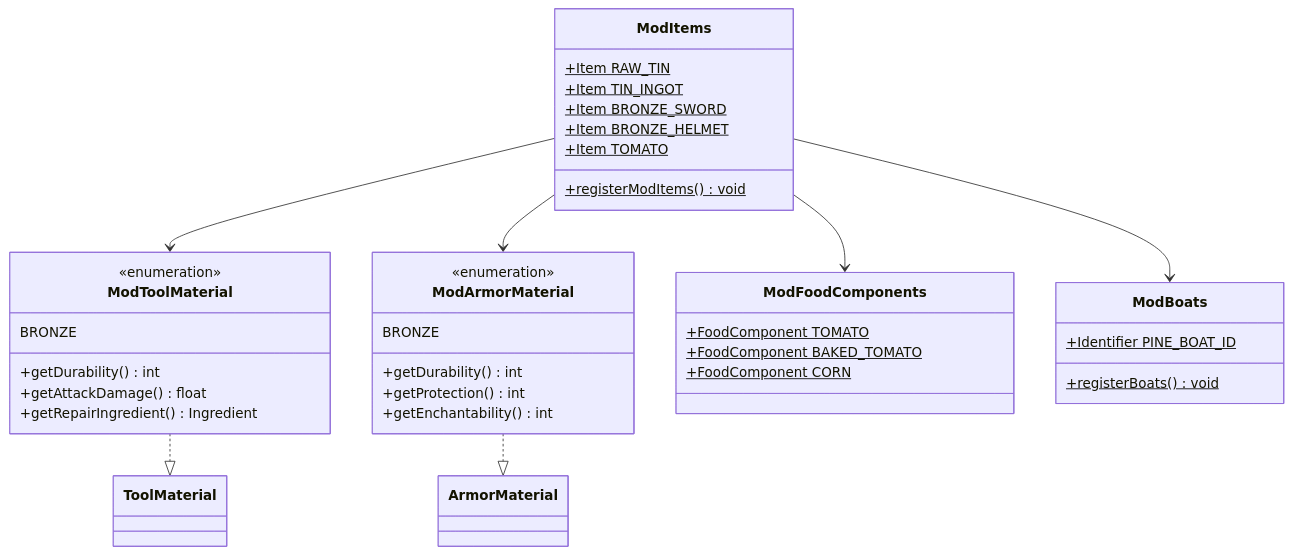
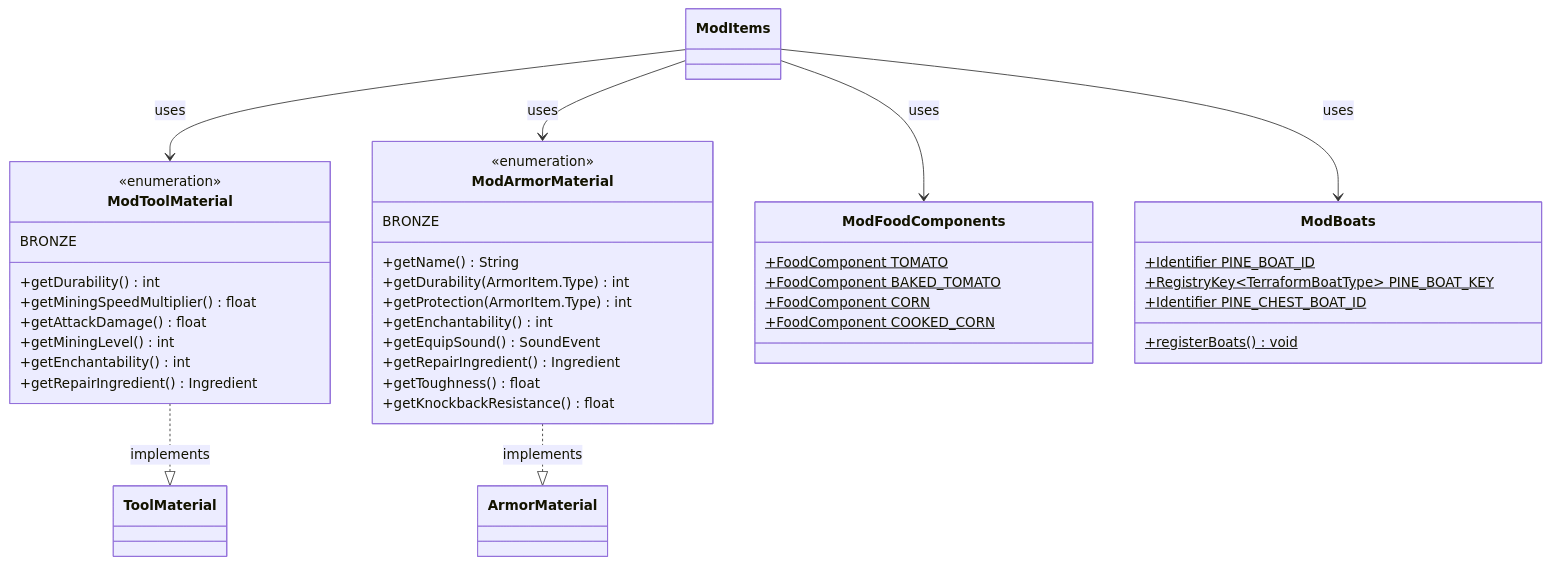
Before and after one commit to Lord-of-the-Rings-Middle-Earth-Mod/Lord-of-the-Rings-Middle-Earth-Mod: the fourth of 6 diagrams in classdiagram.md, drawn with Mermaid. The commit also changed other lines of this file, not shown here.

Commit message:
Add back detailed method signatures to all class diagrams while preserving sectioned layout

````diff
--- a/classdiagram.md
+++ b/classdiagram.md
@@ -169,50 +218,52 @@
 ```mermaid
 classDiagram
     direction TB
     
-    class ModItems {
-        +Item RAW_TIN$
-        +Item TIN_INGOT$
-        +Item BRONZE_SWORD$
-        +Item BRONZE_HELMET$
-        +Item TOMATO$
-        +registerModItems() void$
-    }
-
     class ModToolMaterial {
         <<enumeration>>
         BRONZE
         +getDurability() int
+        +getMiningSpeedMultiplier() float
         +getAttackDamage() float
+        +getMiningLevel() int
+        +getEnchantability() int
         +getRepairIngredient() Ingredient
     }
 
     class ModArmorMaterial {
         <<enumeration>>
         BRONZE
-        +getDurability() int
-        +getProtection() int
+        +getName() String
+        +getDurability(ArmorItem.Type) int
+        +getProtection(ArmorItem.Type) int
         +getEnchantability() int
+        +getEquipSound() SoundEvent
+        +getRepairIngredient() Ingredient
+        +getToughness() float
+        +getKnockbackResistance() float
     }
 
     class ModFoodComponents {
         +FoodComponent TOMATO$
         +FoodComponent BAKED_TOMATO$
         +FoodComponent CORN$
+        +FoodComponent COOKED_CORN$
     }
 
     class ModBoats {
         +Identifier PINE_BOAT_ID$
+        +RegistryKey~TerraformBoatType~ PINE_BOAT_KEY$
+        +Identifier PINE_CHEST_BOAT_ID$
         +registerBoats() void$
     }
 
     %% Interface implementations
-    ModToolMaterial ..|> ToolMaterial
-    ModArmorMaterial ..|> ArmorMaterial
+    ModToolMaterial ..|> ToolMaterial : implements
+    ModArmorMaterial ..|> ArmorMaterial : implements
 
     %% Usage relationships
-    ModItems --> ModToolMaterial
-    ModItems --> ModArmorMaterial
-    ModItems --> ModFoodComponents
-    ModItems --> ModBoats
+    ModItems --> ModToolMaterial : uses
+    ModItems --> ModArmorMaterial : uses
+    ModItems --> ModFoodComponents : uses
+    ModItems --> ModBoats : uses
 ```
````
